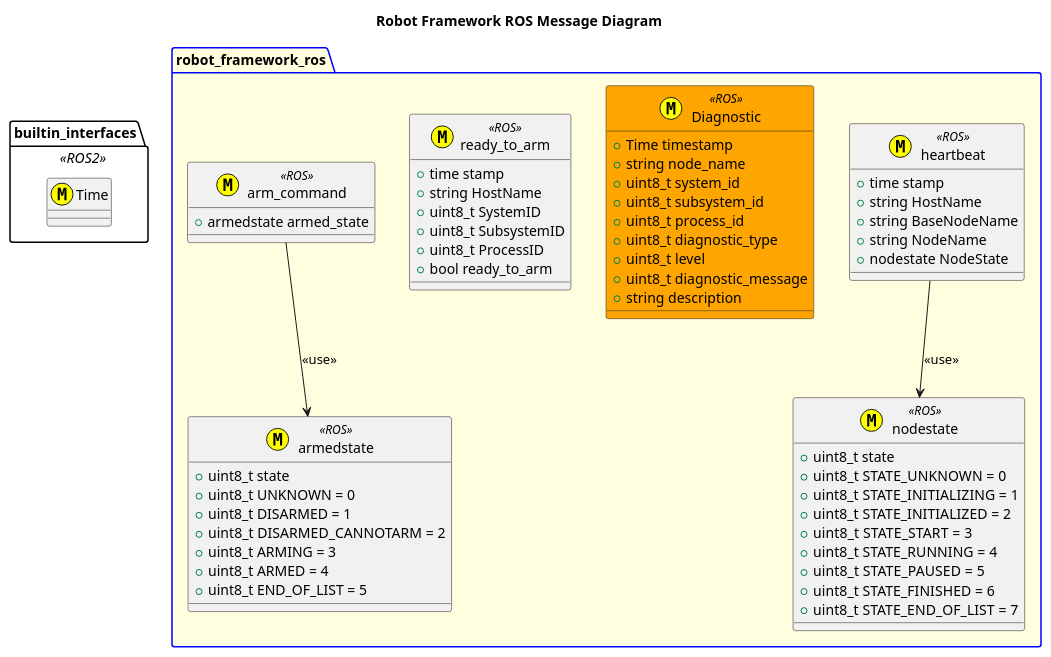
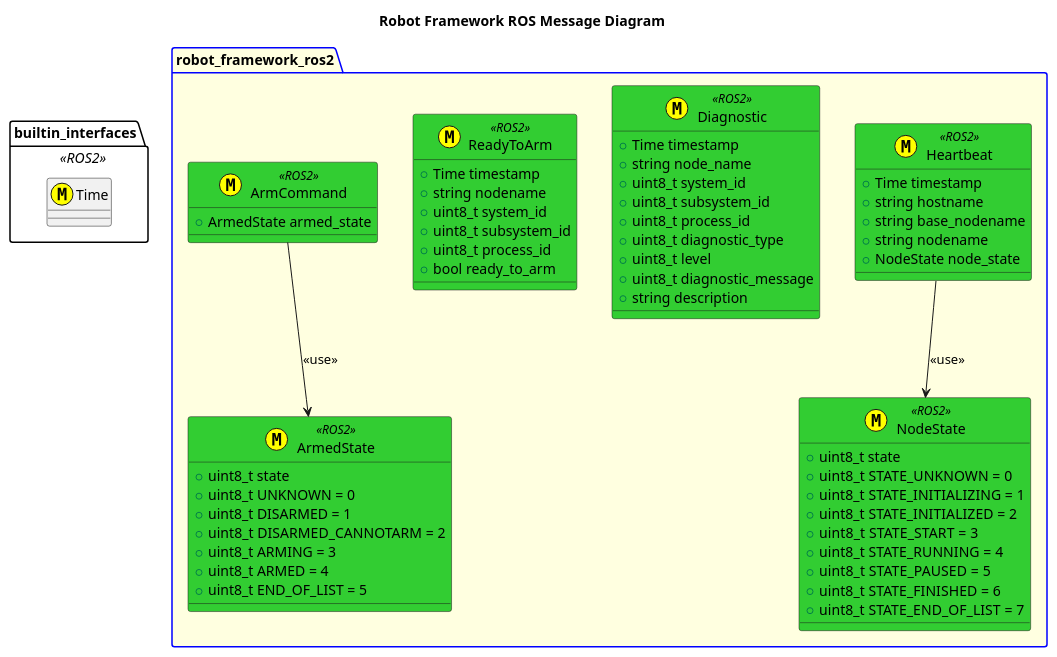
One commit to fastrobotics/robot_framework_ros2 changed the diagram in msg/puml/RobotFrameworkROS2MessageDiagram.puml. Above: the diagram before and after it, drawn with PlantUML. The commit also changed 16 other files, not shown here.

```diff
--- a/msg/puml/RobotFrameworkROS2MessageDiagram.puml
+++ b/msg/puml/RobotFrameworkROS2MessageDiagram.puml
@@ -1,62 +1,62 @@
 @startuml
 title Robot Framework ROS Message Diagram
 package builtin_interfaces  <<ROS2>> {
     class Time <<(M,#FFFF00)>>
 }
-package robot_framework_ros #LightYellow;line:blue {
-    class nodestate <<(M,#FFFF00)>> <<ROS>> {
+package robot_framework_ros2 #LightYellow;line:blue {
+    class NodeState <<(M,#FFFF00)>> <<ROS2>> #LimeGreen {
         +uint8_t state
         +uint8_t STATE_UNKNOWN = 0
         +uint8_t STATE_INITIALIZING = 1
         +uint8_t STATE_INITIALIZED = 2
         +uint8_t STATE_START = 3
         +uint8_t STATE_RUNNING = 4
         +uint8_t STATE_PAUSED = 5
         +uint8_t STATE_FINISHED = 6
         +uint8_t STATE_END_OF_LIST = 7
     }
-    class armedstate <<(M,#FFFF00)>> <<ROS>>  {
+    class ArmedState <<(M,#FFFF00)>> <<ROS2>> #LimeGreen  {
         +uint8_t state
         +uint8_t UNKNOWN = 0
         +uint8_t DISARMED = 1
         +uint8_t DISARMED_CANNOTARM = 2
         +uint8_t ARMING = 3
         +uint8_t ARMED = 4
         +uint8_t END_OF_LIST = 5      
     }
-    class heartbeat <<(M,#FFFF00)>> <<ROS>>  {
-        +time stamp
-        +string HostName
-        +string BaseNodeName
-        +string NodeName
-        +nodestate NodeState
+    class Heartbeat <<(M,#FFFF00)>> <<ROS2>> #LimeGreen {
+        +Time timestamp
+        +string hostname
+        +string base_nodename
+        +string nodename
+        +NodeState node_state
     }
-    heartbeat --> nodestate: <<use>>
-    class Diagnostic <<(M,#FFFF00)>> <<ROS>> #Orange {
+    Heartbeat --> NodeState: <<use>>
+    class Diagnostic <<(M,#FFFF00)>> <<ROS2>> #LimeGreen {
         +Time timestamp
         +string node_name
         +uint8_t system_id
         +uint8_t subsystem_id
         +uint8_t process_id
         +uint8_t diagnostic_type
         +uint8_t level
         +uint8_t diagnostic_message
         +string description
 
     }
-    class ready_to_arm <<(M,#FFFF00)>> <<ROS>>  {
-        +time stamp
-        +string HostName
-        +uint8_t SystemID
-        +uint8_t SubsystemID
-        +uint8_t ProcessID
+    class ReadyToArm <<(M,#FFFF00)>> <<ROS2>> #LimeGreen {
+        +Time timestamp
+        +string nodename
+        +uint8_t system_id
+        +uint8_t subsystem_id
+        +uint8_t process_id
         +bool ready_to_arm
     }
 
-    class arm_command <<(M,#FFFF00)>> <<ROS>>  {
-        +armedstate armed_state
+    class ArmCommand <<(M,#FFFF00)>> <<ROS2>> #LimeGreen {
+        +ArmedState armed_state
     }
-    arm_command --> armedstate: <<use>>
+    ArmCommand --> ArmedState: <<use>>
 
 }
 @enduml
```
